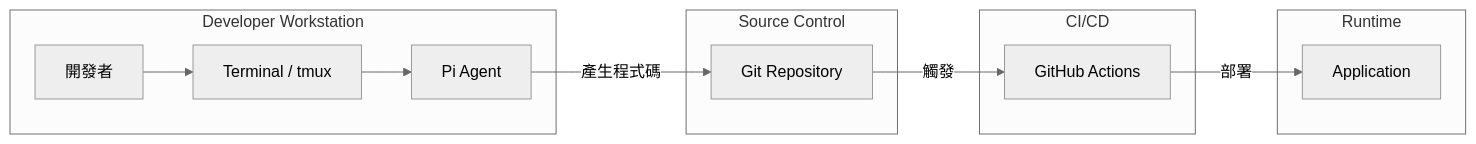
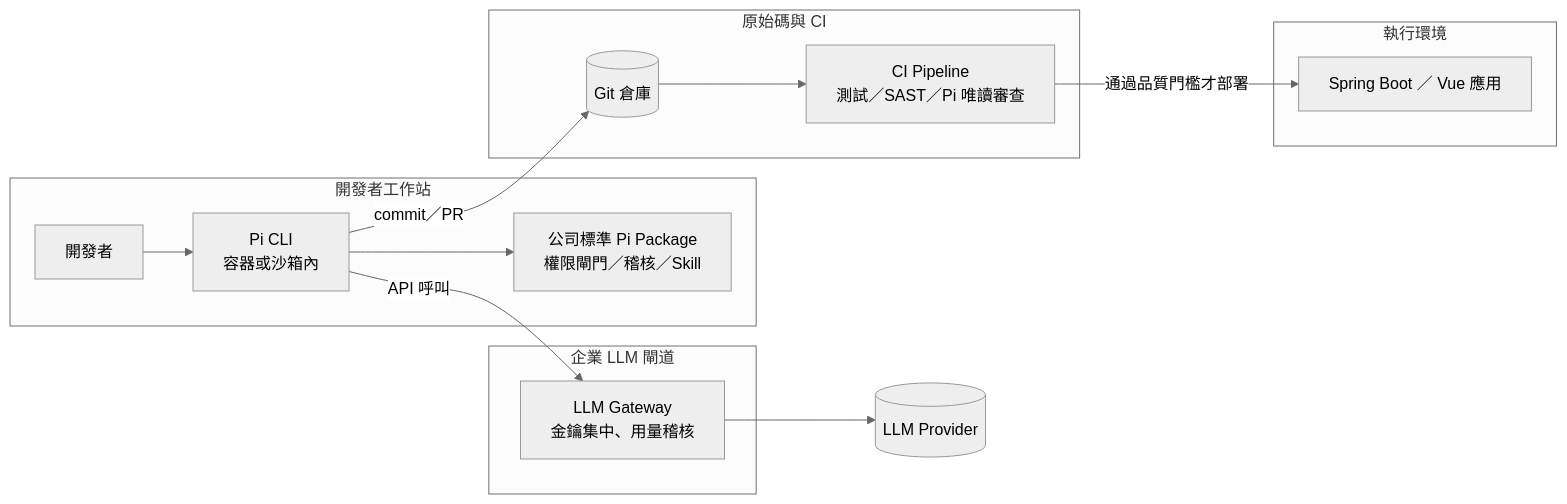
Before and after one commit to chihhung/Blog: the third of 10 diagrams in content/posts/教學/AI開發/Pi Code Agent 教學手冊.md, drawn with Mermaid (neutral theme). The commit also changed other lines of this file and 1 other file, not shown here.

Commit message:
docs: update Pi Agent Harness and Pi code Agent doc

````diff
--- a/content/posts/教學/AI開發/Pi Code Agent 教學手冊.md
+++ b/content/posts/教學/AI開發/Pi Code Agent 教學手冊.md
@@ -368,25 +653,20 @@
 ```mermaid
-graph LR
-    subgraph "Developer Workstation"
-        DEV[開發者]
-        PI[Pi Agent]
-        TERM[Terminal / tmux]
-        DEV --> TERM --> PI
+flowchart LR
+    subgraph WS[開發者工作站]
+        DEV[開發者] --> PI[Pi CLI<br/>容器或沙箱內]
+        PI --> EXT[公司標準 Pi Package<br/>權限閘門／稽核／Skill]
     end
-
-    subgraph "Source Control"
-        GIT[Git Repository]
+    subgraph GW[企業 LLM 閘道]
+        LGW[LLM Gateway<br/>金鑰集中、用量稽核]
     end
-
-    subgraph "CI/CD"
-        GHA[GitHub Actions]
+    subgraph SCM[原始碼與 CI]
+        GIT[(Git 倉庫)] --> CI[CI Pipeline<br/>測試／SAST／Pi 唯讀審查]
     end
-
-    subgraph "Runtime"
-        APP[Application]
+    subgraph RT[執行環境]
+        APP[Spring Boot ／ Vue 應用]
     end
-
-    PI -->|產生程式碼| GIT
-    GIT -->|觸發| GHA
-    GHA -->|部署| APP
+    PI -->|API 呼叫| LGW
+    LGW --> LLM[(LLM Provider)]
+    PI -->|commit／PR| GIT
+    CI -->|通過品質門檻才部署| APP
 ```
````
